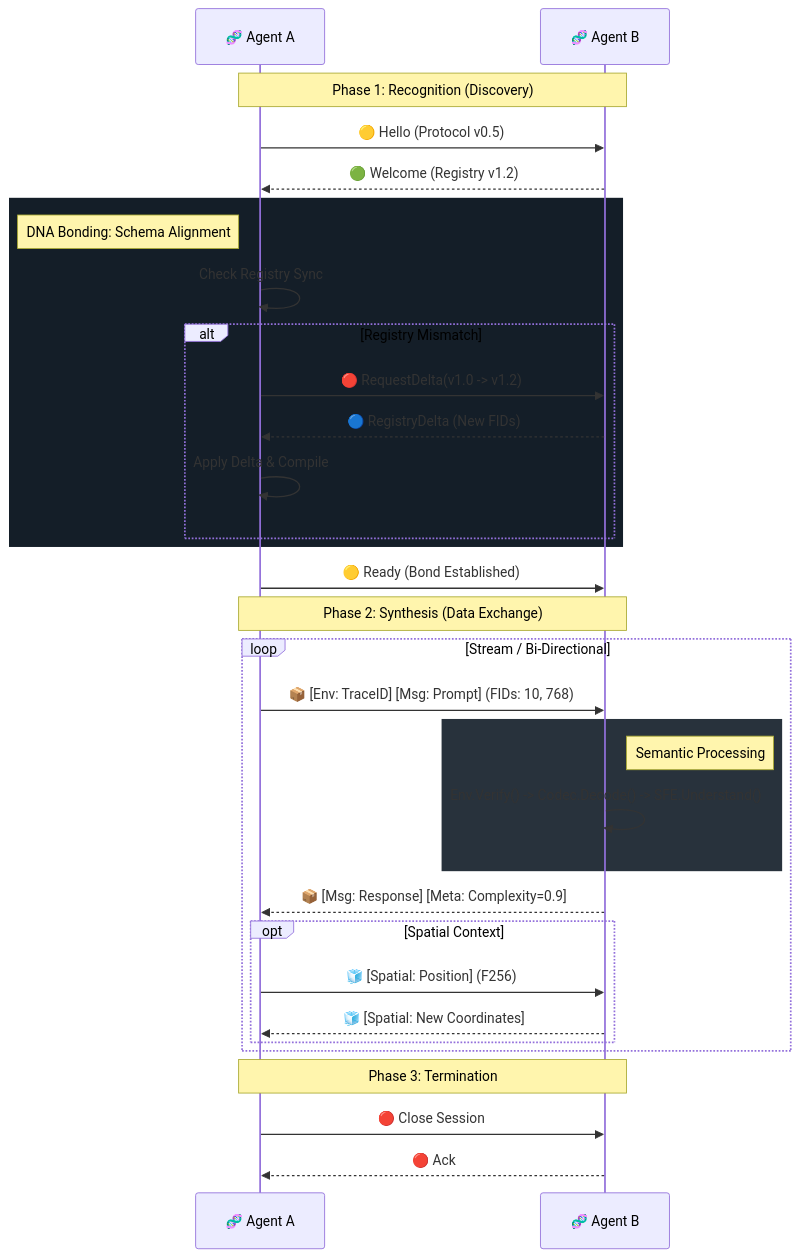
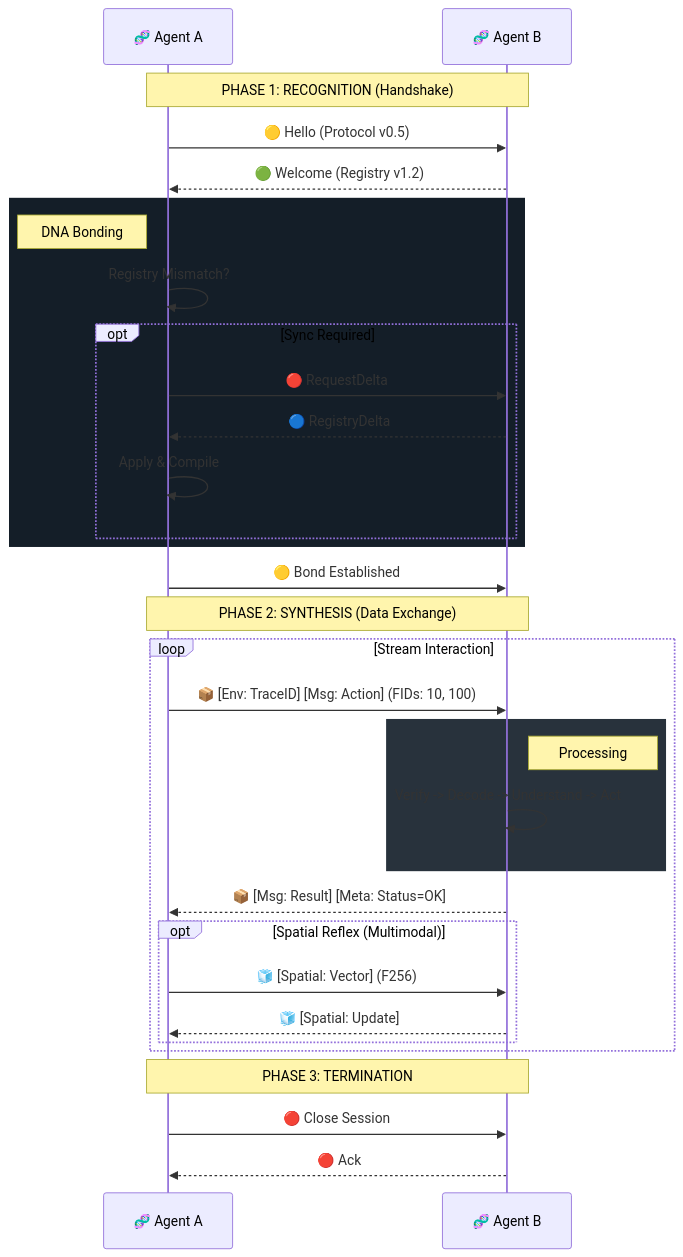
Before and after one commit to lnmplang/lnmp-protocol: the second of 2 diagrams in spec/architecture-and-flow.md, drawn with Mermaid. The commit also changed other lines of this file, not shown here.

Commit message:
feat: Revise LNMP architecture documentation for improved clarity, structure, and flow visualization

````diff
--- a/spec/architecture-and-flow.md
+++ b/spec/architecture-and-flow.md
@@ -83,45 +92,45 @@
 ```mermaid
 sequenceDiagram
     participant A as 🧬 Agent A
     participant B as 🧬 Agent B
     
-    Note over A,B: Phase 1: Recognition (Discovery)
+    Note over A,B: PHASE 1: RECOGNITION (Handshake)
     
     A->>B: 🟡 Hello (Protocol v0.5)
     B-->>A: 🟢 Welcome (Registry v1.2)
     
     rect rgb(20, 30, 40)
-        Note left of A: DNA Bonding: Schema Alignment
-        A->>A: Check Registry Sync
-        alt Registry Mismatch
-            A->>B: 🔴 RequestDelta(v1.0 -> v1.2)
-            B-->>A: 🔵 RegistryDelta (New FIDs)
-            A->>A: Apply Delta & Compile
+        Note left of A: DNA Bonding
+        A->>A: Registry Mismatch?
+        opt Sync Required
+            A->>B: 🔴 RequestDelta
+            B-->>A: 🔵 RegistryDelta
+            A->>A: Apply & Compile
         end
     end
     
-    A->>B: 🟡 Ready (Bond Established)
+    A->>B: 🟡 Bond Established
     
-    Note over A,B: Phase 2: Synthesis (Data Exchange)
+    Note over A,B: PHASE 2: SYNTHESIS (Data Exchange)
     
-    loop Stream / Bi-Directional
-        A->>B: 📦 [Env: TraceID] [Msg: Prompt] (FIDs: 10, 768)
+    loop Stream Interaction
+        A->>B: 📦 [Env: TraceID] [Msg: Action] (FIDs: 10, 100)
         
         rect rgb(40, 50, 60)
-            Note right of B: Semantic Processing
-            B->>B: Env.Verify() -> Codec.Decode() -> SFE.Understand()
+            Note right of B: Processing
+            B->>B: Verify -> Decode -> Understand -> Act
         end
         
-        B-->>A: 📦 [Msg: Response] [Meta: Complexity=0.9]
+        B-->>A: 📦 [Msg: Result] [Meta: Status=OK]
         
-        opt Spatial Context
-            A->>B: 🧊 [Spatial: Position] (F256)
-            B-->>A: 🧊 [Spatial: New Coordinates]
+        opt Spatial Reflex (Multimodal)
+            A->>B: 🧊 [Spatial: Vector] (F256)
+            B-->>A: 🧊 [Spatial: Update]
         end
     end
     
-    Note over A,B: Phase 3: Termination
+    Note over A,B: PHASE 3: TERMINATION
     
     A->>B: 🔴 Close Session
     B-->>A: 🔴 Ack
 ```
````
